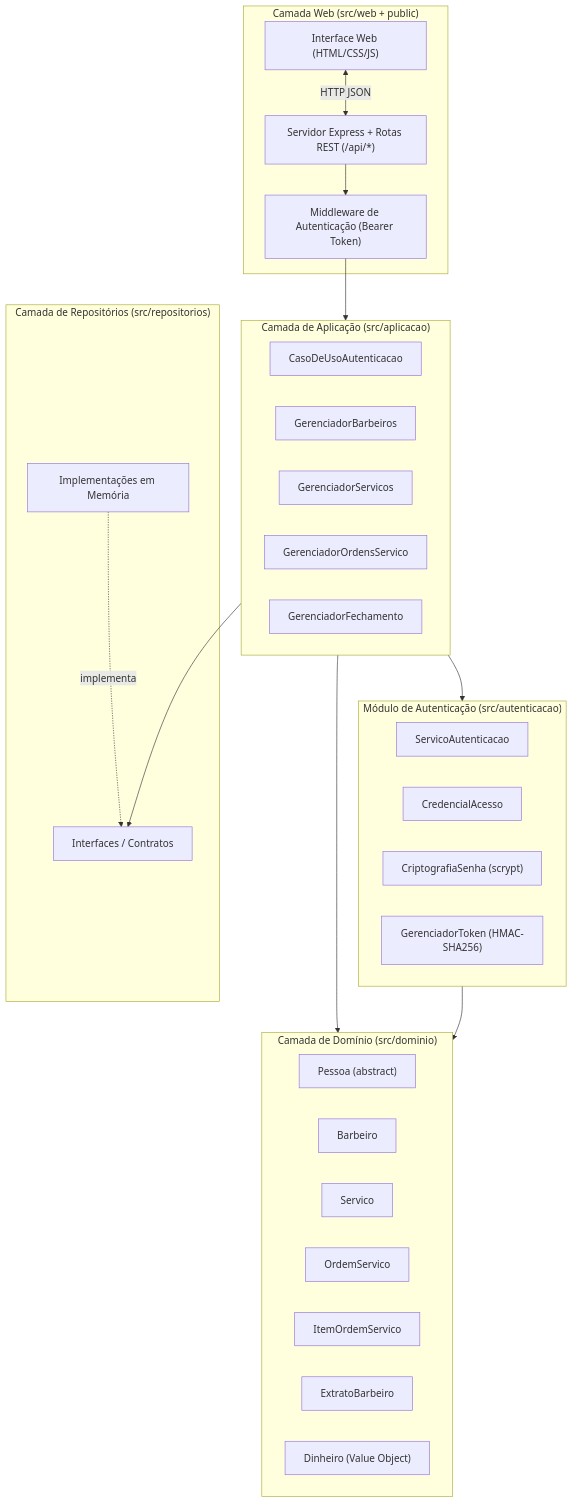
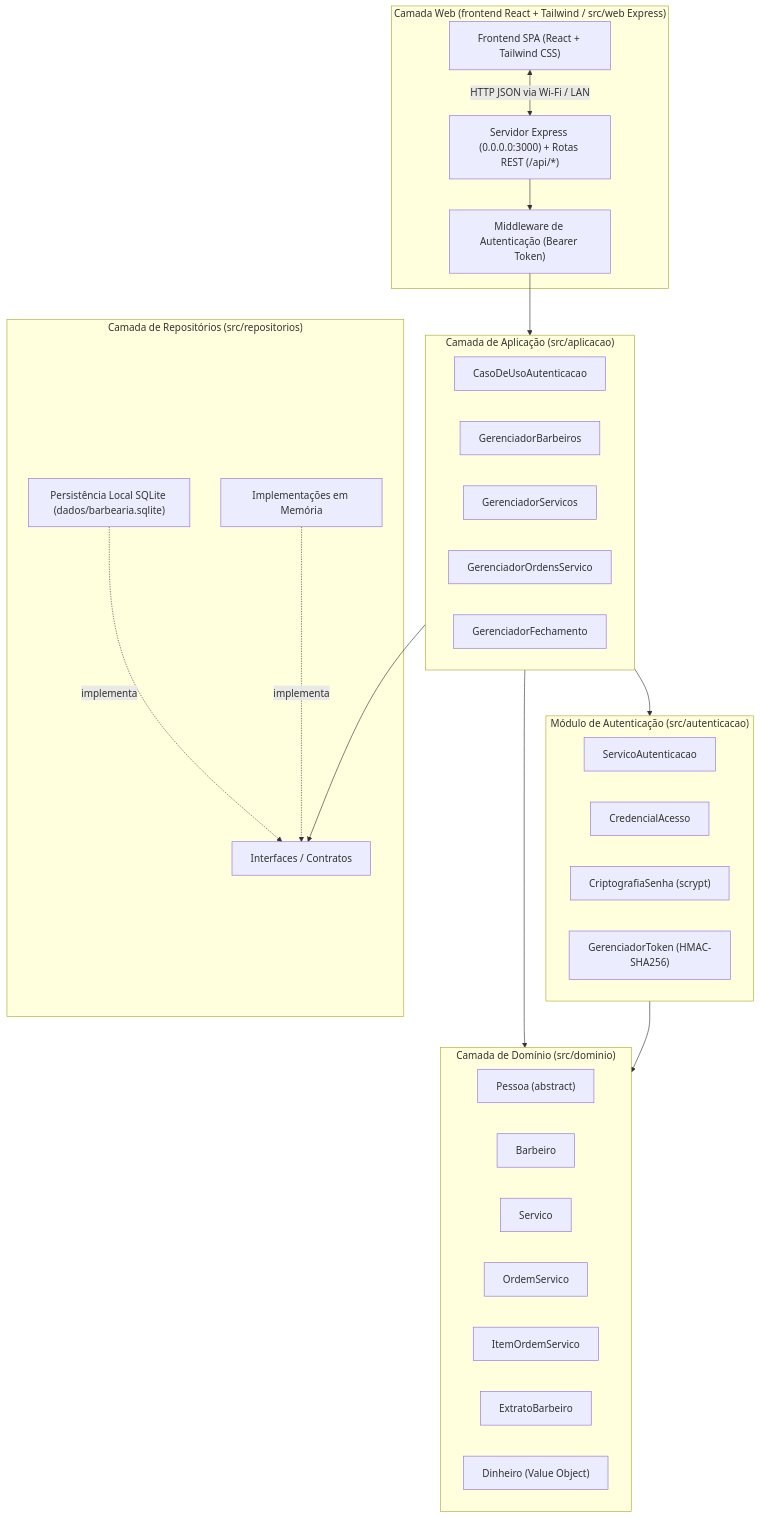
The first of 5 diagrams in README.md (RodrigoRamone7/BarberShopManager), drawn with Mermaid before and after one commit. The commit also changed other lines of this file and 31 other files, not shown here.

Commit message:
feat: adiciona persistência SQLite local, frontend React + Tailwind mobile-first, edição de barbeiros e descoberta de IP Wi-Fi

````diff
--- a/README.md
+++ b/README.md
@@ -13,47 +13,49 @@
 ```mermaid
 flowchart TB
-    subgraph Web["Camada Web (src/web + public)"]
-        UI["Interface Web (HTML/CSS/JS)"]
-        Express["Servidor Express + Rotas REST (/api/*)"]
+    subgraph Web["Camada Web (frontend React + Tailwind / src/web Express)"]
+        UI["Frontend SPA (React + Tailwind CSS)"]
+        Express["Servidor Express (0.0.0.0:3000) + Rotas REST (/api/*)"]
         MW["Middleware de Autenticação (Bearer Token)"]
     end
 
     subgraph Aplicacao["Camada de Aplicação (src/aplicacao)"]
         UC_Auth["CasoDeUsoAutenticacao"]
         UC_Barb["GerenciadorBarbeiros"]
         UC_Serv["GerenciadorServicos"]
         UC_OS["GerenciadorOrdensServico"]
         UC_Fech["GerenciadorFechamento"]
     end
 
     subgraph Autenticacao["Módulo de Autenticação (src/autenticacao)"]
         SrvAuth["ServicoAutenticacao"]
         Cred["CredencialAcesso"]
         Hash["CriptografiaSenha (scrypt)"]
         Token["GerenciadorToken (HMAC-SHA256)"]
     end
 
     subgraph Dominio["Camada de Domínio (src/dominio)"]
         Pessoa["Pessoa (abstract)"]
         Barbeiro["Barbeiro"]
         Servico["Servico"]
         OS["OrdemServico"]
         ItemOS["ItemOrdemServico"]
         Extrato["ExtratoBarbeiro"]
         Dinheiro["Dinheiro (Value Object)"]
     end
 
     subgraph Repositorios["Camada de Repositórios (src/repositorios)"]
         Contratos["Interfaces / Contratos"]
+        SQLite[" Persistência Local SQLite (dados/barbearia.sqlite)"]
         Memoria["Implementações em Memória"]
     end
 
-    UI <-->|HTTP JSON| Express
+    UI <-->|HTTP JSON via Wi-Fi / LAN| Express
     Express --> MW
     MW --> Aplicacao
     Aplicacao --> Dominio
     Aplicacao --> Autenticacao
     Aplicacao --> Contratos
+    SQLite -.->|implementa| Contratos
     Memoria -.->|implementa| Contratos
     Autenticacao --> Dominio
 ```
````
